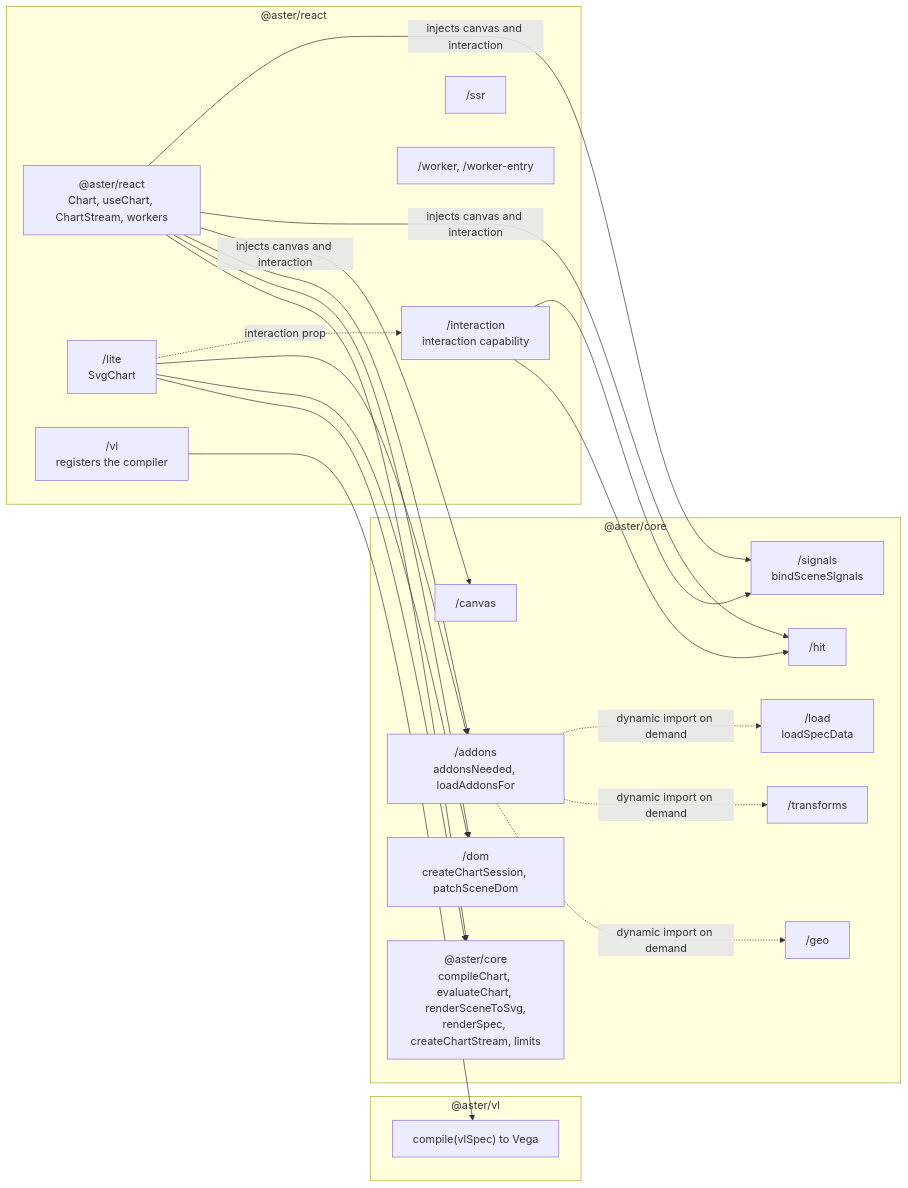
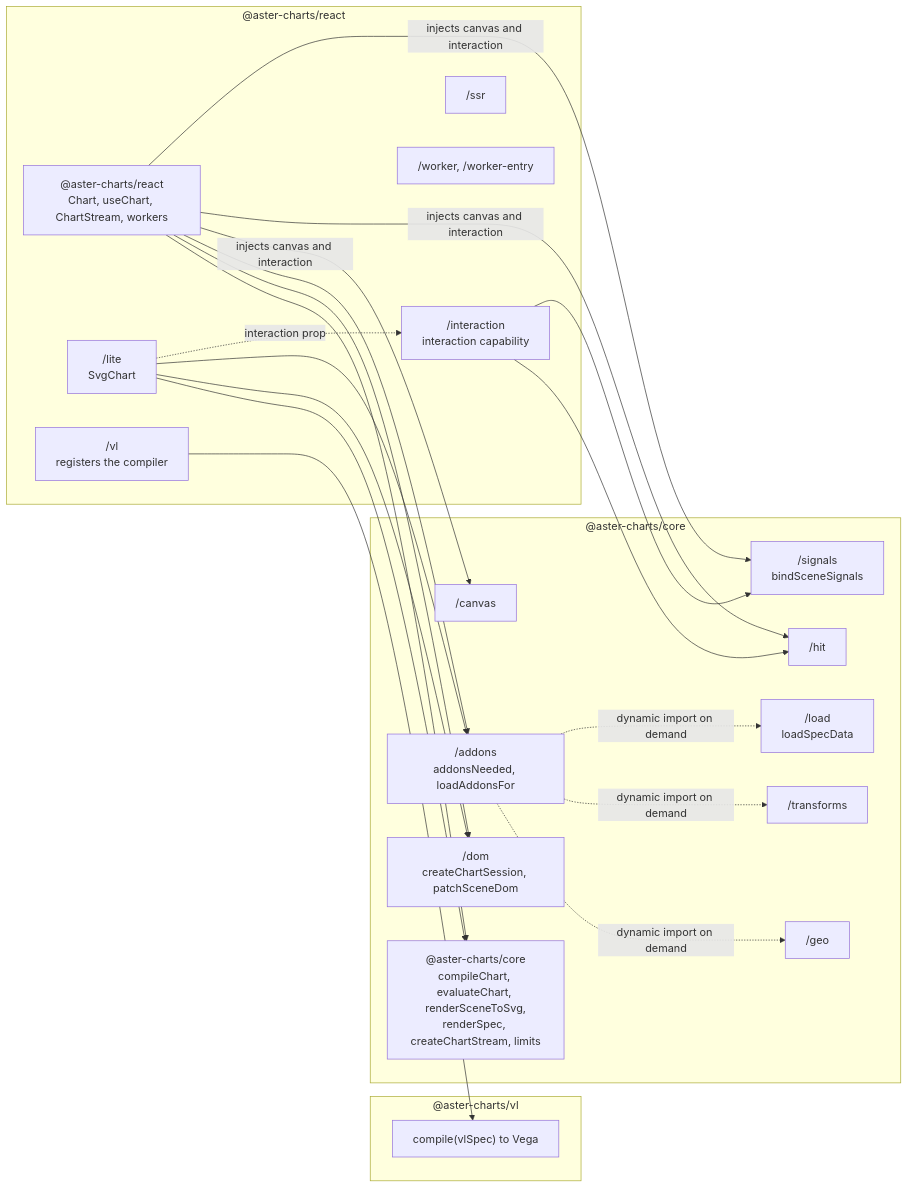
The first of 3 diagrams in docs/ARCHITECTURE.md (mgilbir/aster-react), drawn with Mermaid before and after one commit. The commit also changed other lines of this file and 320 other files, not shown here.

First line of the commit message:
build: publish under the @aster-charts npm scope

````diff
--- a/docs/ARCHITECTURE.md
+++ b/docs/ARCHITECTURE.md
@@ -21,32 +21,32 @@
 ```mermaid
 flowchart LR
-  subgraph vl["@aster/vl"]
+  subgraph vl["@aster-charts/vl"]
     VLC["compile(vlSpec) to Vega"]
   end
-  subgraph core["@aster/core"]
-    C0["@aster/core<br/>compileChart, evaluateChart, renderSceneToSvg,<br/>renderSpec, createChartStream, limits"]
+  subgraph core["@aster-charts/core"]
+    C0["@aster-charts/core<br/>compileChart, evaluateChart, renderSceneToSvg,<br/>renderSpec, createChartStream, limits"]
     DOM["/dom<br/>createChartSession, patchSceneDom"]
     CAN["/canvas"]
     HIT["/hit"]
     SIG["/signals<br/>bindSceneSignals"]
     ADD["/addons<br/>addonsNeeded, loadAddonsFor"]
     GEO["/geo"]
     TRX["/transforms"]
     LOAD["/load<br/>loadSpecData"]
   end
-  subgraph react["@aster/react"]
-    R0["@aster/react<br/>Chart, useChart, ChartStream, workers"]
+  subgraph react["@aster-charts/react"]
+    R0["@aster-charts/react<br/>Chart, useChart, ChartStream, workers"]
     LITE["/lite<br/>SvgChart"]
     INT["/interaction<br/>interaction capability"]
     RVL["/vl<br/>registers the compiler"]
     SSR["/ssr"]
     WK["/worker, /worker-entry"]
   end
   R0 --> C0 & DOM & ADD
   R0 -- "injects canvas and interaction" --> CAN & HIT & SIG
   LITE --> C0 & DOM & ADD
   INT --> HIT & SIG
   LITE -. "interaction prop" .-> INT
   RVL --> VLC
   ADD -. "dynamic import on demand" .-> GEO & TRX & LOAD
 ```
````
